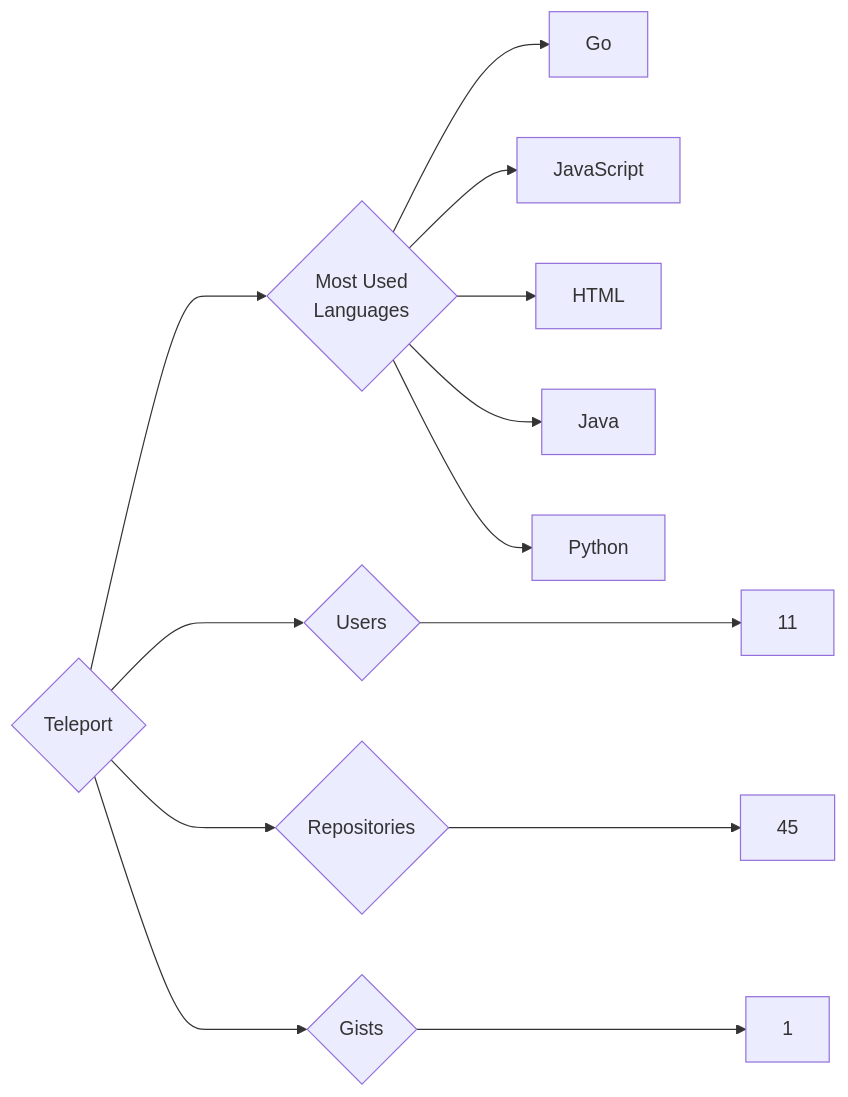
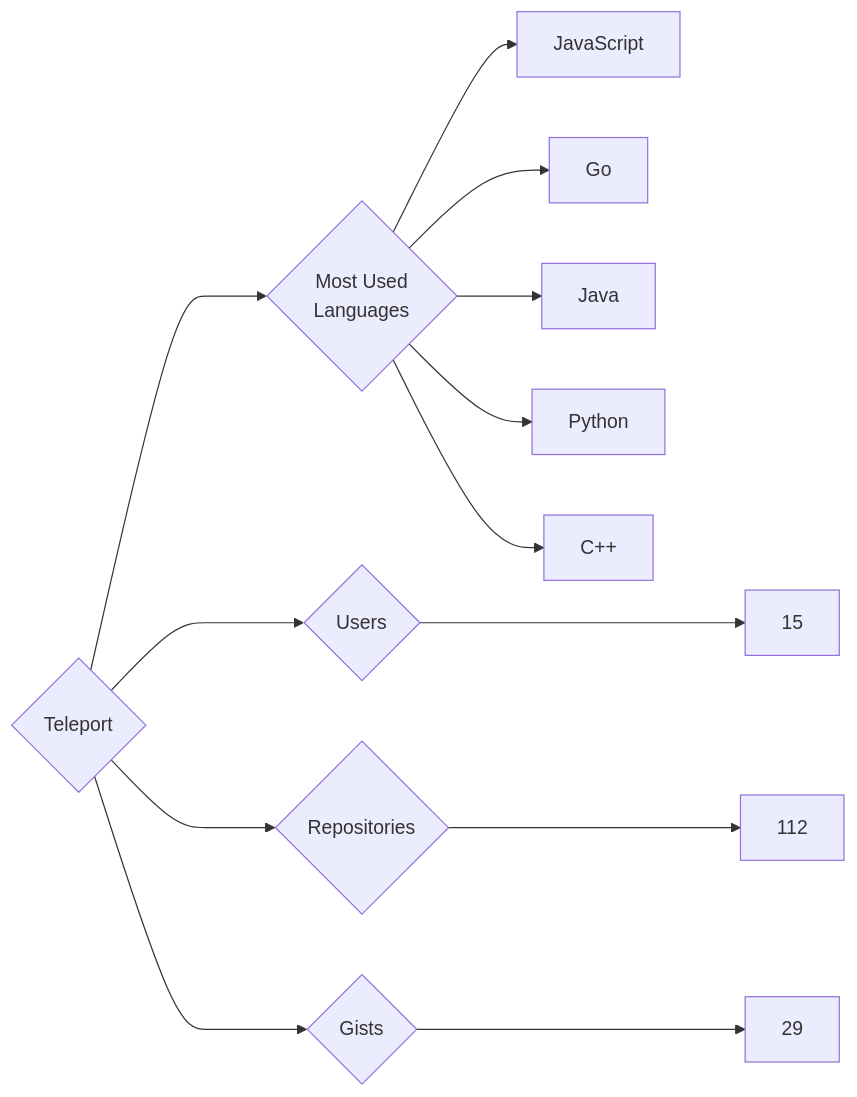
The diagram in targets/Teleport/README.md (trickest/insiders), drawn with Mermaid before and after one commit. The commit also changed 1484 other files, not shown here.

````diff
--- a/targets/Teleport/README.md
+++ b/targets/Teleport/README.md
@@ -3,13 +3,13 @@
 ```mermaid
 graph LR
 COMPANY_NAME{Teleport}
-COMPANY_NAME ---> U{Users} ---> UN[11]
-COMPANY_NAME ---> R{Repositories} ---> RN[45]
-COMPANY_NAME ---> G{Gists} ---> GN[1]
+COMPANY_NAME ---> U{Users} ---> UN[15]
+COMPANY_NAME ---> R{Repositories} ---> RN[112]
+COMPANY_NAME ---> G{Gists} ---> GN[29]
 COMPANY_NAME ---> ML{Most Used<br>Languages}
+ML --> JavaScript[JavaScript]
 ML --> Go[Go]
-ML --> JavaScript[JavaScript]
-ML --> HTML[HTML]
 ML --> Java[Java]
 ML --> Python[Python]
+ML --> C++[C++]
 ```
````
